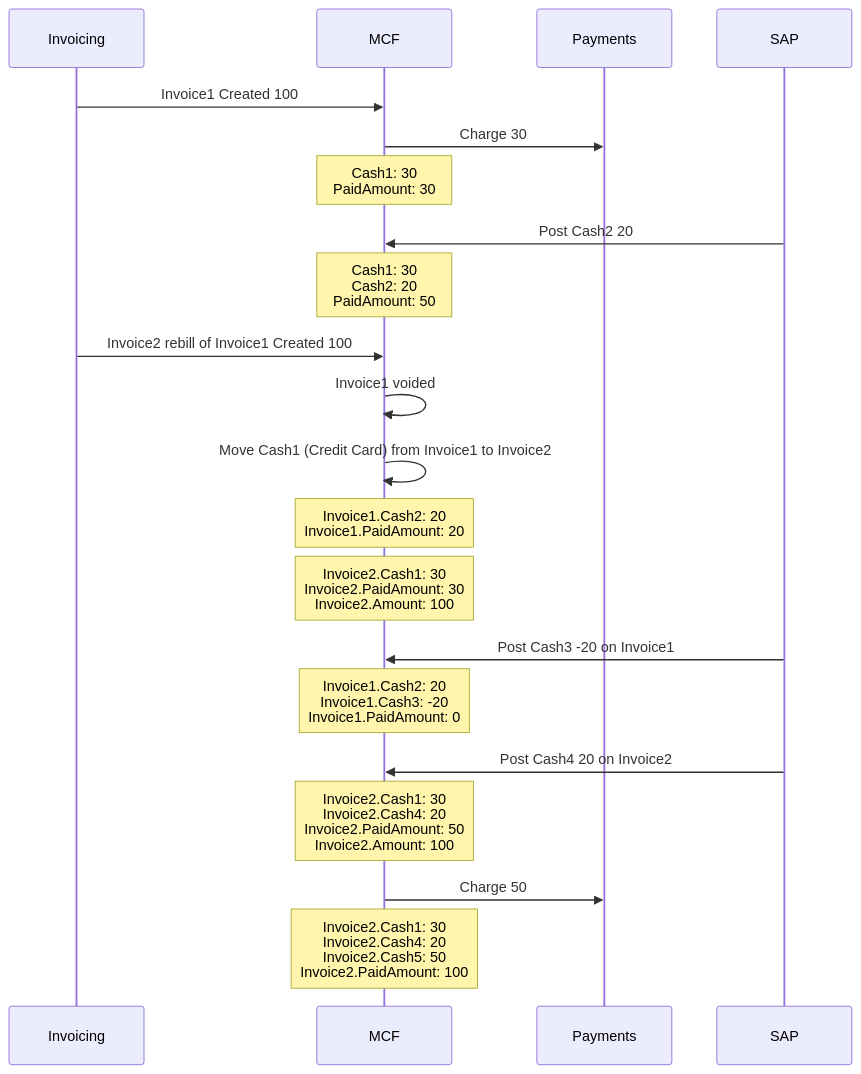
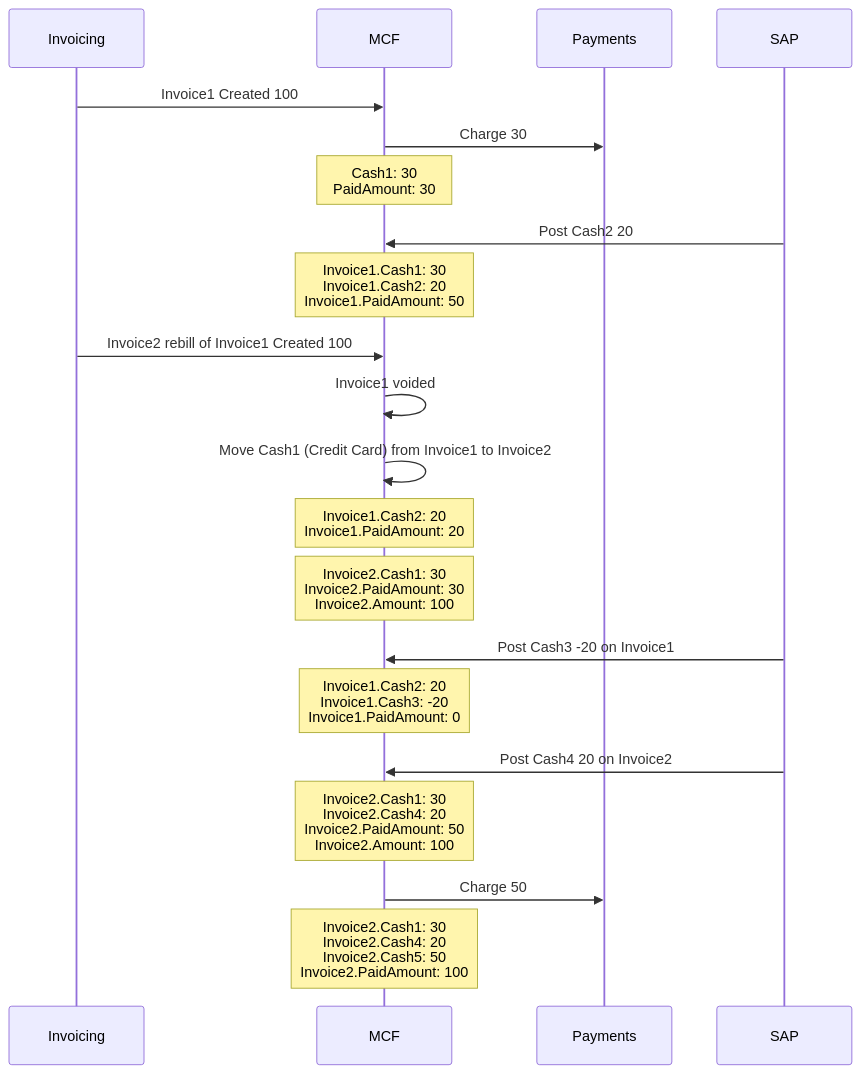
Diagram 11 of 12 in MCF-SAP Scenarios.md (vikramsinha/test1), drawn with Mermaid before and after one commit. The commit also changed other lines of this file, not shown here.

Commit message:
Update MCF-SAP Scenarios.md

````diff
--- a/MCF-SAP Scenarios.md
+++ b/MCF-SAP Scenarios.md
@@ -214,24 +214,24 @@
 ```mermaid
 %%{init: {'theme': 'default'} }%%
 sequenceDiagram
     participant Invoicing
     participant MCF
     participant Payments
     participant SAP
     Invoicing->>MCF: Invoice1 Created 100
     MCF->>Payments: Charge 30
     Note over MCF: Cash1: 30<br/>PaidAmount: 30
     SAP->>MCF: Post Cash2 20
-    Note over MCF: Cash1: 30<br/>Cash2: 20<br/>PaidAmount: 50
+    Note over MCF: Invoice1.Cash1: 30<br/>Invoice1.Cash2: 20<br/>Invoice1.PaidAmount: 50
     Invoicing->>MCF: Invoice2 rebill of Invoice1 Created 100
     MCF->>MCF: Invoice1 voided
     MCF->>MCF: Move Cash1 (Credit Card) from Invoice1 to Invoice2
     Note over MCF: Invoice1.Cash2: 20<br/>Invoice1.PaidAmount: 20
     Note over MCF: Invoice2.Cash1: 30<br/>Invoice2.PaidAmount: 30<br/>Invoice2.Amount: 100
     SAP->>MCF: Post Cash3 -20 on Invoice1
     Note over MCF: Invoice1.Cash2: 20<br/>Invoice1.Cash3: -20<br/>Invoice1.PaidAmount: 0
     SAP->>MCF: Post Cash4 20 on Invoice2
     Note over MCF: Invoice2.Cash1: 30<br/>Invoice2.Cash4: 20<br/>Invoice2.PaidAmount: 50<br/>Invoice2.Amount: 100
     MCF->>Payments: Charge 50
     Note over MCF: Invoice2.Cash1: 30<br/>Invoice2.Cash4: 20<br/>Invoice2.Cash5: 50<br/>Invoice2.PaidAmount: 100
 ```
````
